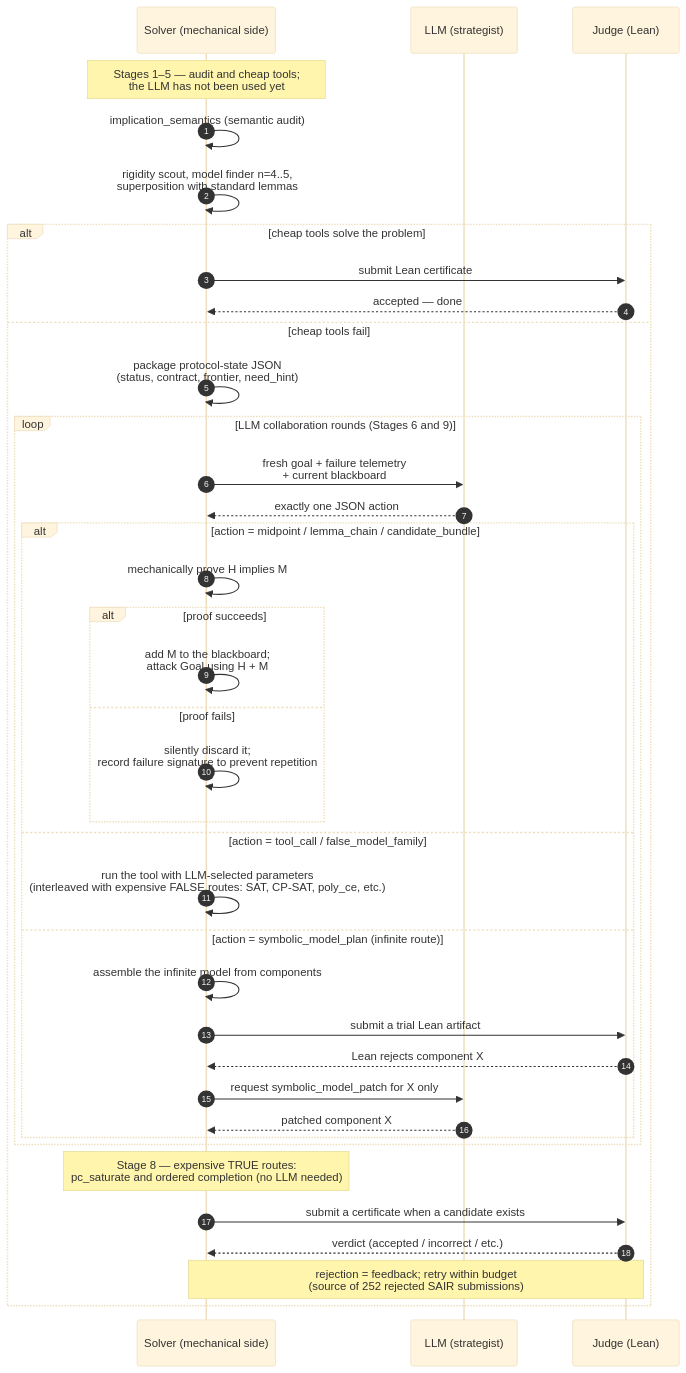
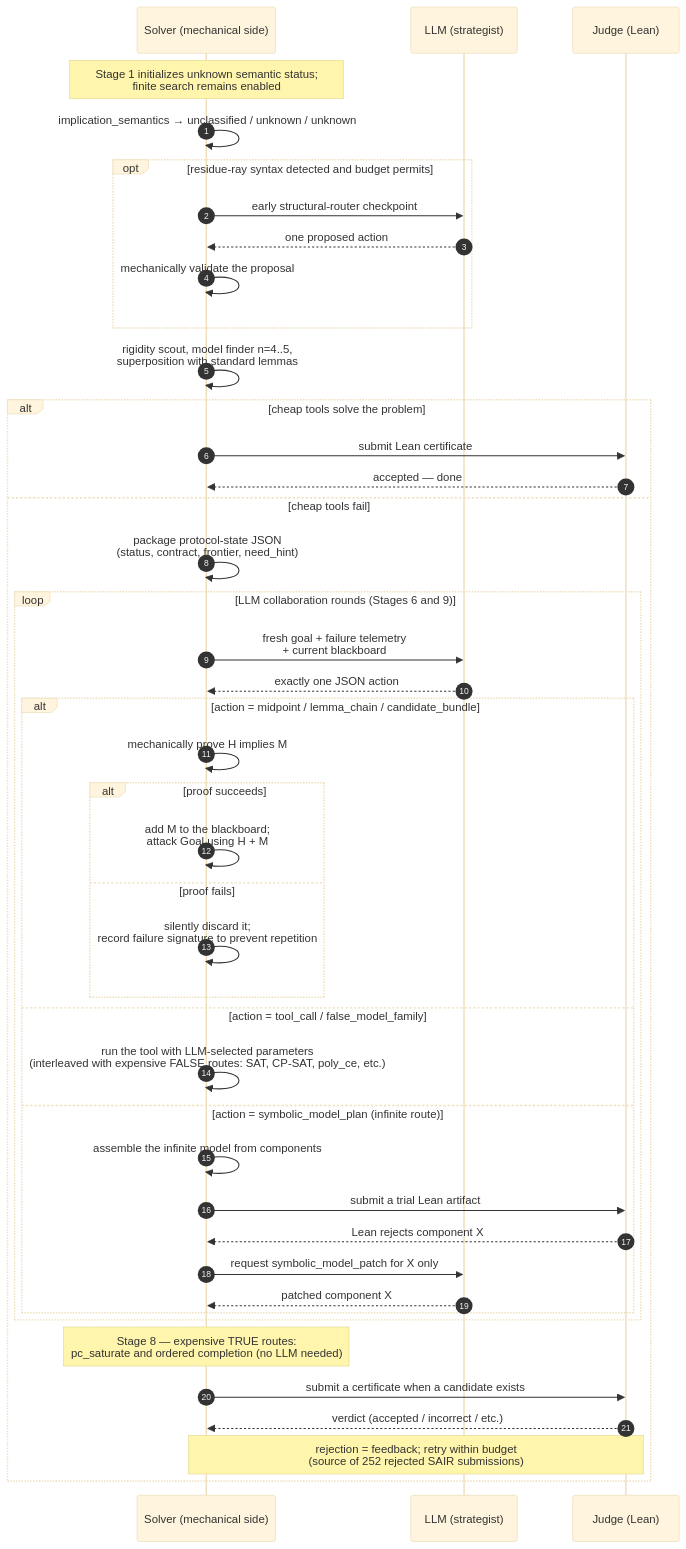
Before and after one commit to IamKrill1n/MagmaBallz: the third of 4 diagrams in SOLVER_STRATEGY_DIAGRAM.md, drawn with Mermaid (base theme). The commit also changed other lines of this file and 1 other file, not shown here.

````diff
--- a/SOLVER_STRATEGY_DIAGRAM.md
+++ b/SOLVER_STRATEGY_DIAGRAM.md
@@ -186,46 +190,51 @@
 ```mermaid
 sequenceDiagram
     autonumber
     participant S as Solver (mechanical side)
     participant L as LLM (strategist)
     participant J as Judge (Lean)
 
-    Note over S: Stages 1–5 — audit and cheap tools#59;<br/>the LLM has not been used yet
-    S->>S: implication_semantics (semantic audit)
+    Note over S: Stage 1 initializes unknown semantic status#59;<br/>finite search remains enabled
+    S->>S: implication_semantics → unclassified / unknown / unknown
+    opt residue-ray syntax detected and budget permits
+        S->>L: early structural-router checkpoint
+        L-->>S: one proposed action
+        S->>S: mechanically validate the proposal
+    end
     S->>S: rigidity scout, model finder n=4..5,<br/>superposition with standard lemmas
 
     alt cheap tools solve the problem
         S->>J: submit Lean certificate
         J-->>S: accepted — done
     else cheap tools fail
         S->>S: package protocol-state JSON<br/>(status, contract, frontier, need_hint)
 
         loop LLM collaboration rounds (Stages 6 and 9)
             S->>L: fresh goal + failure telemetry<br/>+ current blackboard
             L-->>S: exactly one JSON action
 
             alt action = midpoint / lemma_chain / candidate_bundle
                 S->>S: mechanically prove H implies M
                 alt proof succeeds
                     S->>S: add M to the blackboard#59;<br/>attack Goal using H + M
                 else proof fails
                     S->>S: silently discard it#59;<br/>record failure signature to prevent repetition
                 end
             else action = tool_call / false_model_family
                 S->>S: run the tool with LLM-selected parameters<br/>(interleaved with expensive FALSE routes: SAT, CP-SAT, poly_ce, etc.)
             else action = symbolic_model_plan (infinite route)
                 S->>S: assemble the infinite model from components
                 S->>J: submit a trial Lean artifact
                 J-->>S: Lean rejects component X
                 S->>L: request symbolic_model_patch for X only
                 L-->>S: patched component X
             end
         end
 
         Note over S: Stage 8 — expensive TRUE routes:<br/>pc_saturate and ordered completion (no LLM needed)
 
         S->>J: submit a certificate when a candidate exists
         J-->>S: verdict (accepted / incorrect / etc.)
         Note over S,J: rejection = feedback#59; retry within budget<br/>(source of 252 rejected SAIR submissions)
     end
 ```
````
